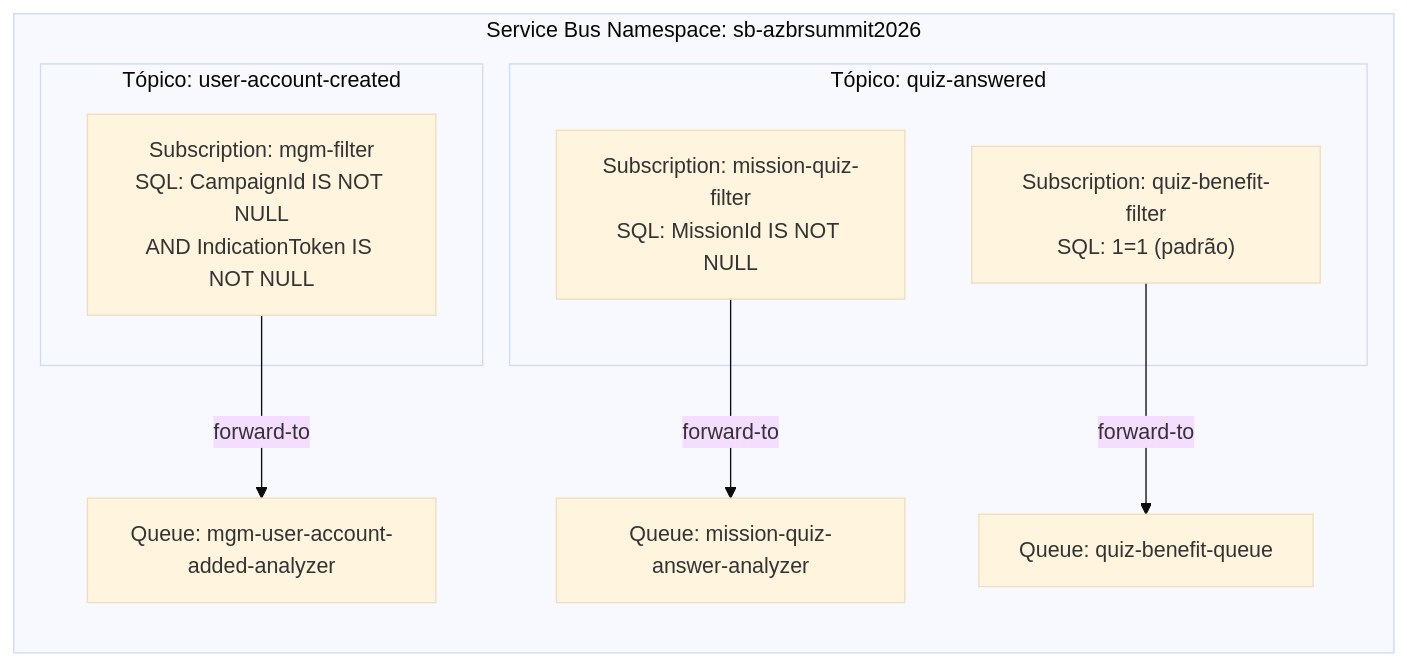
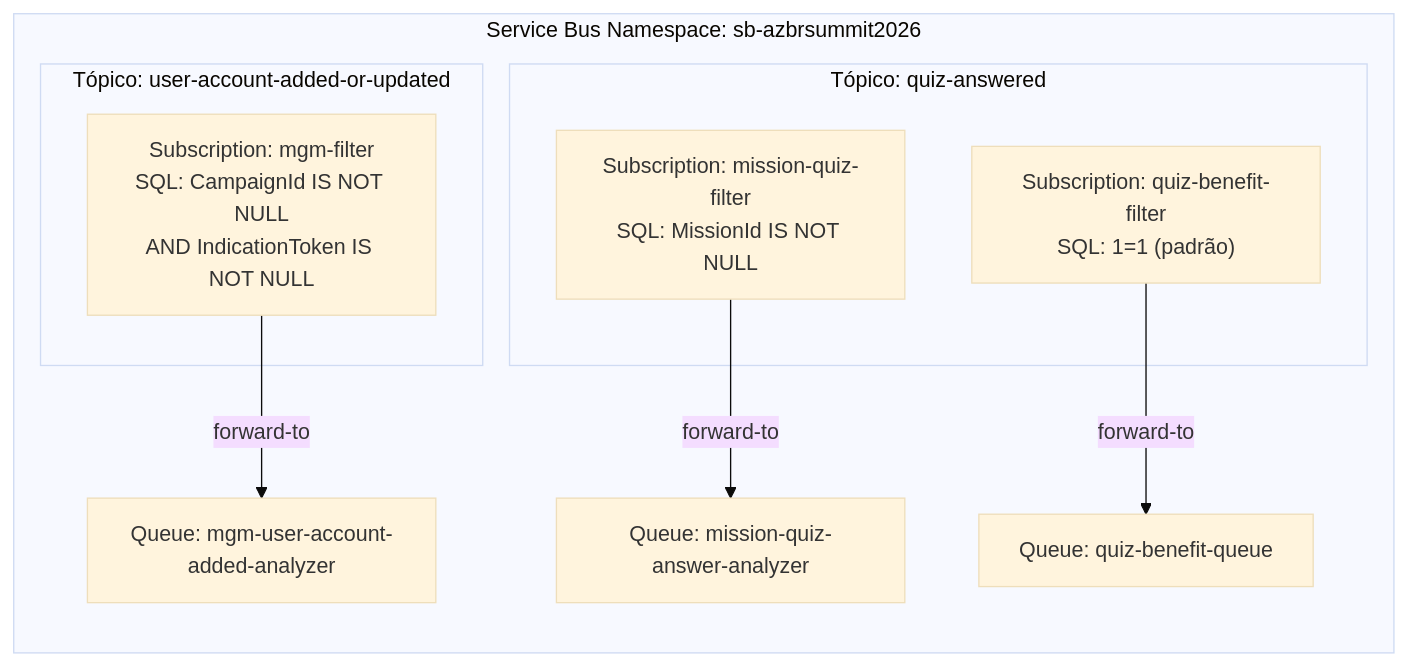
Before and after one commit to patricksegantine/AZBRSummit2026: the diagram in docs/azure-setup.md, drawn with Mermaid (base theme). The commit also changed other lines of this file and 7 other files, not shown here.

````diff
--- a/docs/azure-setup.md
+++ b/docs/azure-setup.md
@@ -319,21 +324,21 @@
 ```mermaid
 graph LR
     subgraph Namespace["Service Bus Namespace: sb-azbrsummit2026"]
-        subgraph T1["Tópico: user-account-created"]
+        subgraph T1["Tópico: user-account-added-or-updated"]
             S1["Subscription: mgm-filter\nSQL: CampaignId IS NOT NULL\nAND IndicationToken IS NOT NULL"]
         end
 
         subgraph T2["Tópico: quiz-answered"]
             S2["Subscription: mission-quiz-filter\nSQL: MissionId IS NOT NULL"]
             S3["Subscription: quiz-benefit-filter\nSQL: 1=1 (padrão)"]
         end
 
         Q1["Queue: mgm-user-account-added-analyzer"]
         Q2["Queue: mission-quiz-answer-analyzer"]
         Q3["Queue: quiz-benefit-queue"]
     end
 
     S1 -->|"forward-to"| Q1
     S2 -->|"forward-to"| Q2
     S3 -->|"forward-to"| Q3
 ```
````
